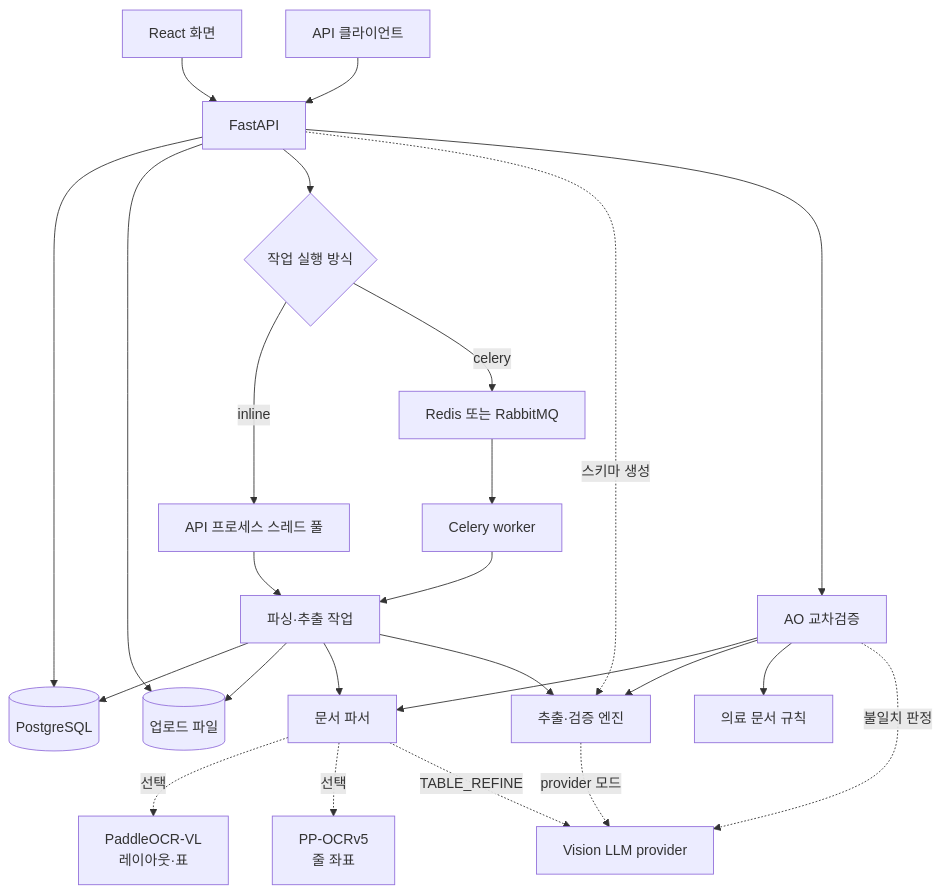
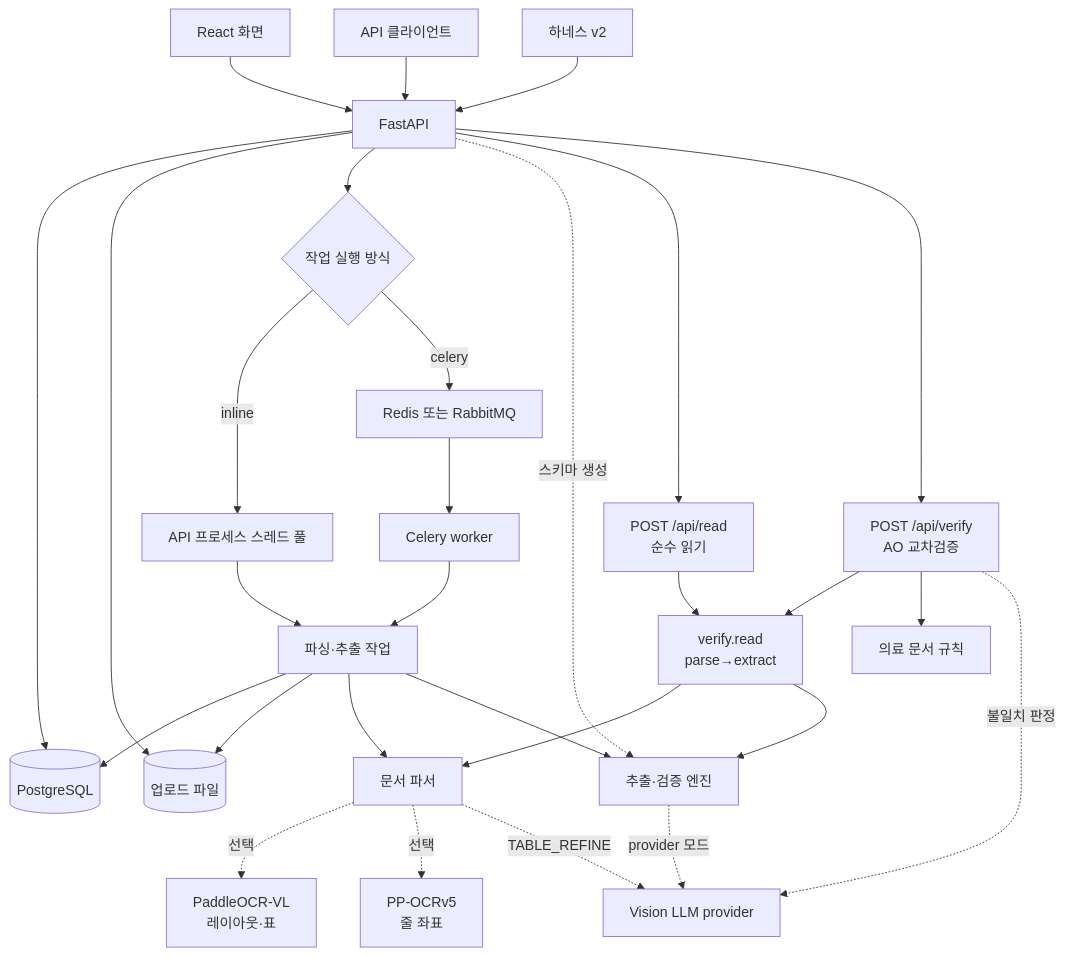
The first of 3 diagrams in README.md (pilsu-choi/Docraft), drawn with Mermaid before and after one commit. The commit also changed other lines of this file and 6 other files, not shown here.

First line of the commit message:
기능: 하네스 읽기 서비스용 POST /api/read 추가

````diff
--- a/README.md
+++ b/README.md
@@ -7,27 +9,31 @@
 ```mermaid
 flowchart TD
     UI[React 화면] --> API[FastAPI]
     Client[API 클라이언트] --> API
     API --> DB[(PostgreSQL)]
     API --> Files[(업로드 파일)]
     API --> Queue{작업 실행 방식}
     Queue -- inline --> Thread[API 프로세스 스레드 풀]
     Queue -- celery --> Broker[Redis 또는 RabbitMQ]
     Broker --> Worker[Celery worker]
     Thread --> Jobs[파싱·추출 작업]
     Worker --> Jobs
     Jobs --> DB
     Jobs --> Files
     Jobs --> Parser[문서 파서]
     Jobs --> Engine[추출·검증 엔진]
     Parser -. 선택 .-> OCR[PaddleOCR-VL<br/>레이아웃·표]
     Parser -. 선택 .-> Lines[PP-OCRv5<br/>줄 좌표]
     Engine -. provider 모드 .-> LLM[Vision LLM provider]
     Parser -. TABLE_REFINE .-> LLM
     API -. 스키마 생성 .-> Engine
-    API --> Verify[AO 교차검증]
-    Verify --> Parser
-    Verify --> Engine
+    Harness[하네스 v2] --> API
+    API --> Read[POST /api/read<br/>순수 읽기]
+    API --> Verify[POST /api/verify<br/>AO 교차검증]
+    Read --> Shared[verify.read<br/>parse→extract]
+    Verify --> Shared
+    Shared --> Parser
+    Shared --> Engine
     Verify --> Rules[의료 문서 규칙]
     Verify -. 불일치 판정 .-> LLM
 ```
````
